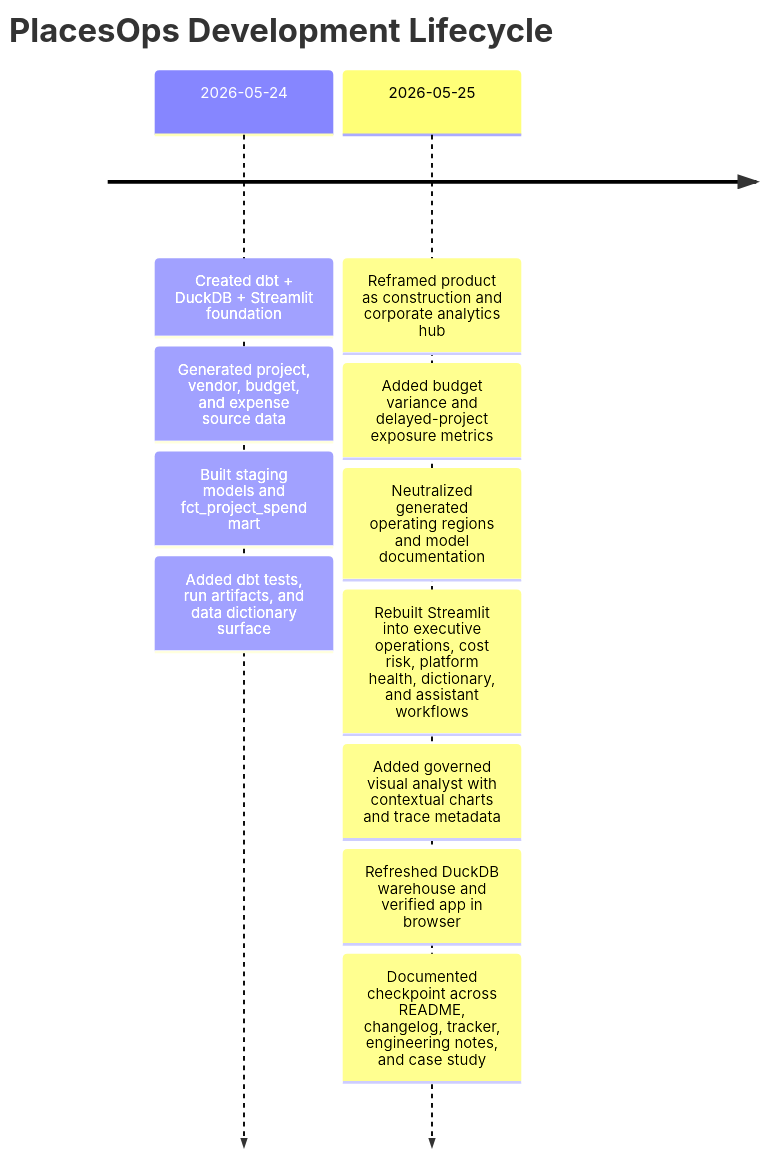
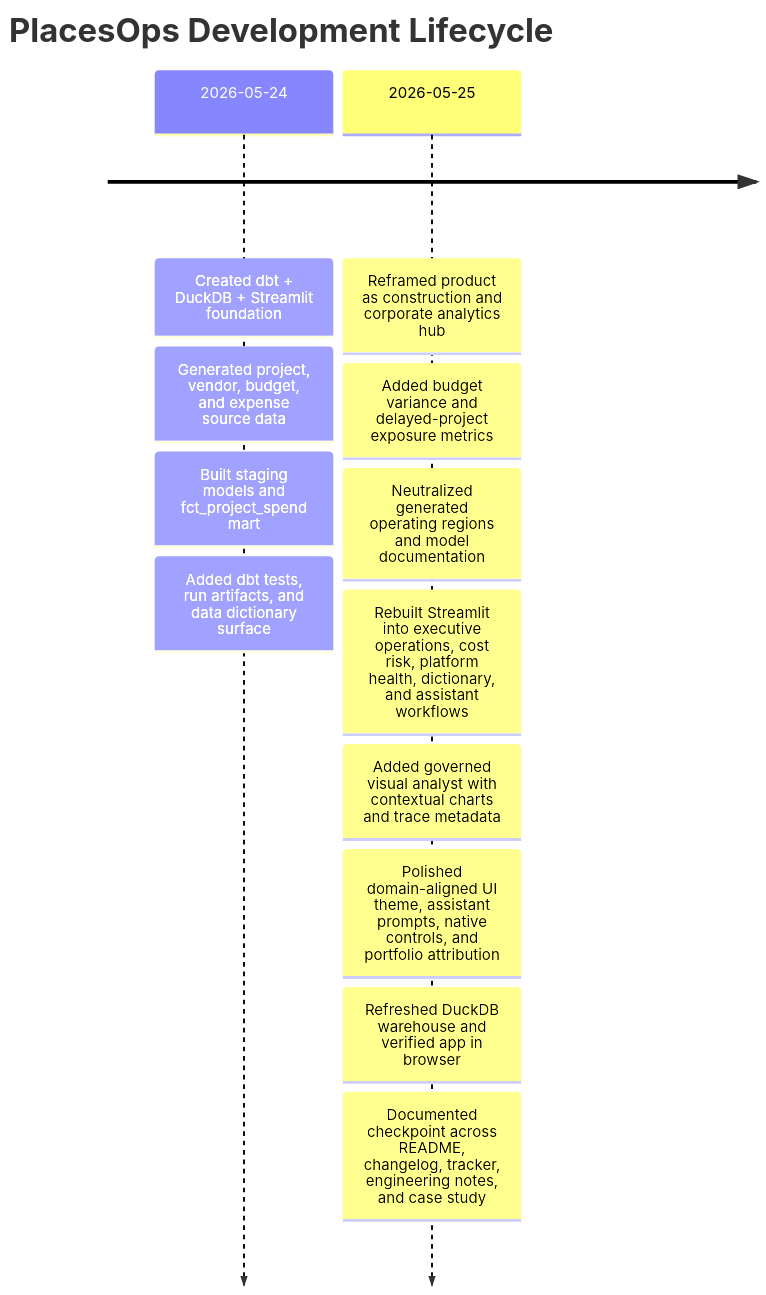
Before and after one commit to ravi-rajpurohit-gh/places-ops: the first of 2 diagrams in docs/CASE_STUDY.md, drawn with Mermaid. The commit also changed other lines of this file and 4 other files, not shown here.

````diff
--- a/docs/CASE_STUDY.md
+++ b/docs/CASE_STUDY.md
@@ -19,15 +19,16 @@
 ```mermaid
 timeline
     title PlacesOps Development Lifecycle
     2026-05-24 : Created dbt + DuckDB + Streamlit foundation
                : Generated project, vendor, budget, and expense source data
                : Built staging models and fct_project_spend mart
                : Added dbt tests, run artifacts, and data dictionary surface
     2026-05-25 : Reframed product as construction and corporate analytics hub
                : Added budget variance and delayed-project exposure metrics
                : Neutralized generated operating regions and model documentation
                : Rebuilt Streamlit into executive operations, cost risk, platform health, dictionary, and assistant workflows
                : Added governed visual analyst with contextual charts and trace metadata
+               : Polished domain-aligned UI theme, assistant prompts, native controls, and portfolio attribution
                : Refreshed DuckDB warehouse and verified app in browser
                : Documented checkpoint across README, changelog, tracker, engineering notes, and case study
 ```
````
